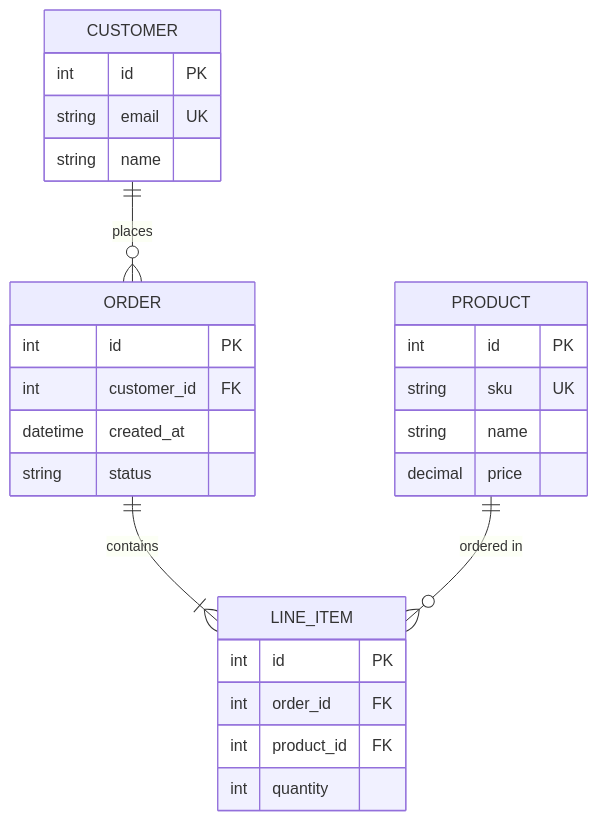
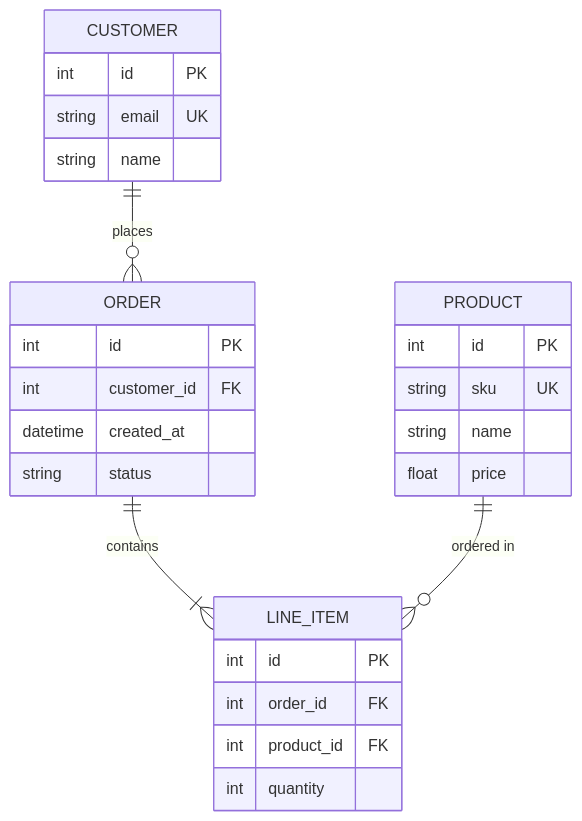
One commit to iamvaleriofantozzi/mermaid-design changed the diagram in examples/er.mmd. Above: the diagram before and after it, drawn with Mermaid. The commit also changed 7 other files, not shown here.

First line of the commit message:
fix: remove unsupported init blocks from erDiagram, timeline, quadrantChart

````diff
--- a/examples/er.mmd
+++ b/examples/er.mmd
@@ -1,41 +1,29 @@
 ```mermaid
-%%{init: {
-  'theme': 'base',
-  'themeVariables': {
-    'primaryColor': '#faf7f2',
-    'primaryTextColor': '#1c1917',
-    'primaryBorderColor': '#1c1917',
-    'lineColor': '#57534e',
-    'secondaryColor': '#f2ede4',
-    'tertiaryColor': '#ffffff',
-    'fontFamily': 'Geist, sans-serif'
-  }
-}%%
 erDiagram
     CUSTOMER ||--o{ ORDER : places
     CUSTOMER {
         int id PK
         string email UK
         string name
     }
     ORDER ||--|{ LINE_ITEM : contains
     ORDER {
         int id PK
         int customer_id FK
         datetime created_at
         string status
     }
     LINE_ITEM {
         int id PK
         int order_id FK
         int product_id FK
         int quantity
     }
     PRODUCT ||--o{ LINE_ITEM : "ordered in"
     PRODUCT {
         int id PK
         string sku UK
         string name
-        decimal price
+        float price
     }
 ```
````
